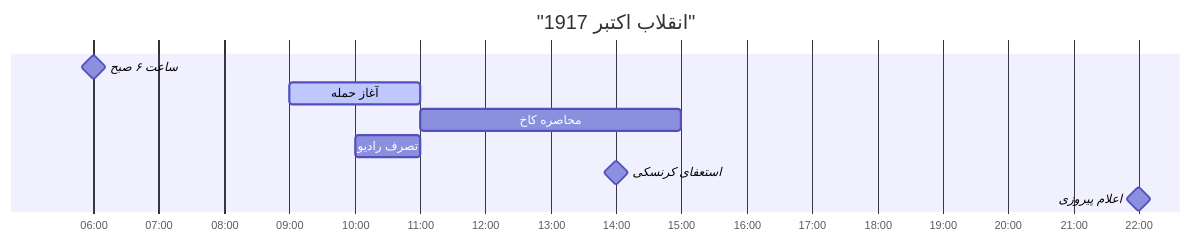
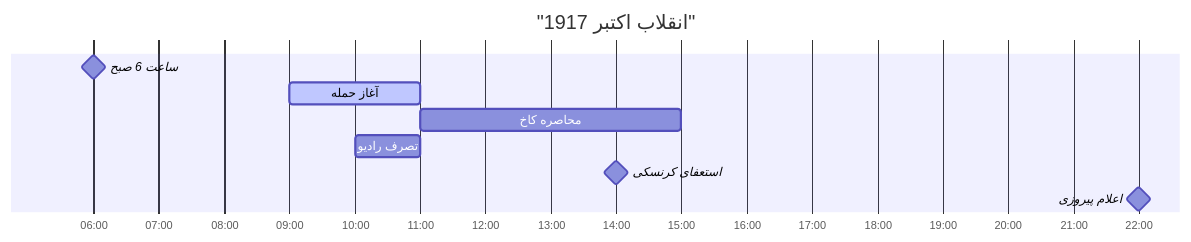
Before and after one commit to mahhdy/MahdiSalem.com: the fourth of 6 diagrams in src/content/Archive/انقلاب-شناسی-تحلیلی-از-انقلاب-1917-روسیه.md, drawn with Mermaid. The commit also changed other lines of this file and 38 other files, not shown here.

First line of the commit message:
Mermaid Graphs Fixed .. shadow couart some adjustments and text review is done.. telegram Feed is optimized

````diff
--- a/src/content/Archive/انقلاب-شناسی-تحلیلی-از-انقلاب-1917-روسیه.md
+++ b/src/content/Archive/انقلاب-شناسی-تحلیلی-از-انقلاب-1917-روسیه.md
@@ -164,13 +164,13 @@
 ```mermaid
 gantt
     title "انقلاب اکتبر 1917"
     dateFormat HH:mm
     axisFormat %H:%M
-    
-    ساعت ۶ صبح    :milestone, m1, 1917-10-25 06:00, 0h
+
+    ساعت 6 صبح    :milestone, m1, 1917-10-25 06:00, 0h
     آغاز حمله     :active, a1, 1917-10-25 09:00, 2h
     محاصره کاخ    :a2, after a1, 4h
     تصرف رادیو   :a3, 1917-10-25 10:00, 1h
     استعفای کرنسکی :milestone, m2, 1917-10-25 14:00, 0h
     اعلام پیروزی :milestone, m3, 1917-10-25 22:00, 0h
 ```
````
